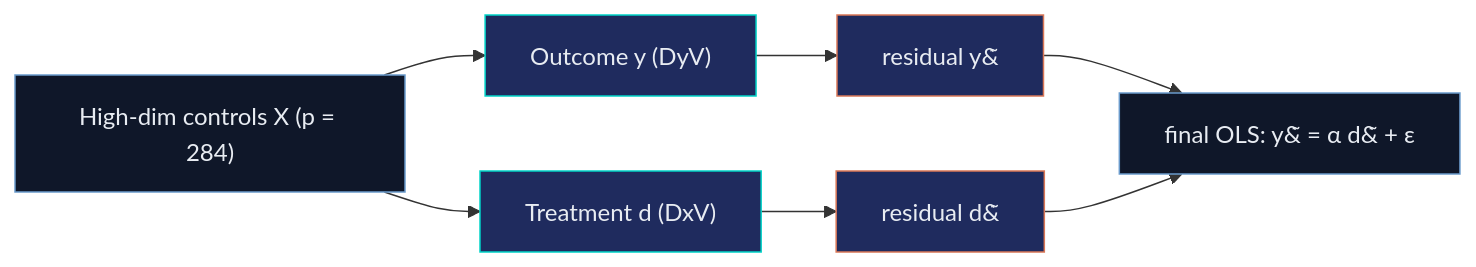
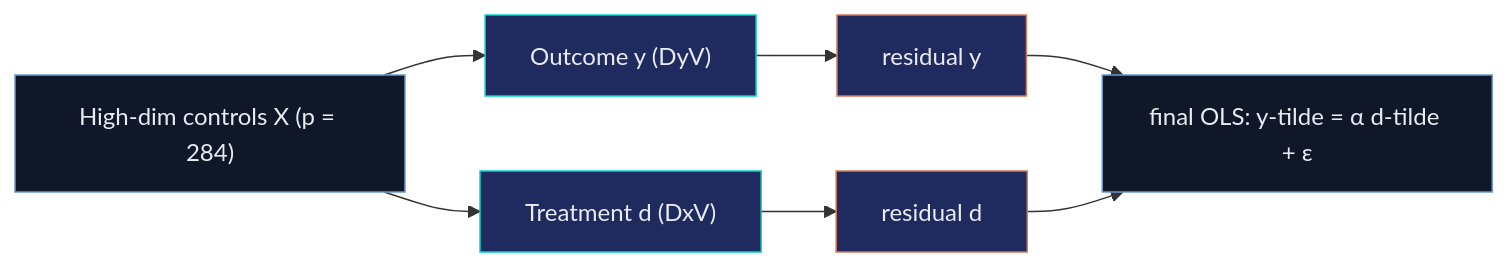
The second of 4 diagrams in content/post/stata_double_lasso/index.md (cmg777/starter-academic-v501), drawn with Mermaid before and after one commit. The commit also changed other lines of this file and 7 other files, not shown here.

First line of the commit message:
double_lasso: fix broken Mermaid diacritics + Stata figure spacing

````diff
--- a/content/post/stata_double_lasso/index.md
+++ b/content/post/stata_double_lasso/index.md
@@ -385,15 +385,15 @@
 ```mermaid
 flowchart LR
     Z["High-dim controls X (p = 284)"] --> Y["Outcome y (DyV)"]
     Z --> D["Treatment d (DxV)"]
-    Y --> R1["residual y&#771;"]
-    D --> R2["residual d&#771;"]
-    R1 --> A["final OLS: y&#771; = &alpha; d&#771; + &epsilon;"]
+    Y --> R1["residual y"]
+    D --> R2["residual d"]
+    R1 --> A["final OLS: y-tilde = &alpha; d-tilde + &epsilon;"]
     R2 --> A
     style Z fill:#0f1729,stroke:#6a9bcc,color:#e8ecf2
     style Y fill:#1f2b5e,stroke:#00d4c8,color:#e8ecf2
     style D fill:#1f2b5e,stroke:#00d4c8,color:#e8ecf2
     style R1 fill:#1f2b5e,stroke:#d97757,color:#e8ecf2
     style R2 fill:#1f2b5e,stroke:#d97757,color:#e8ecf2
     style A fill:#0f1729,stroke:#6a9bcc,color:#e8ecf2
 ```
````
